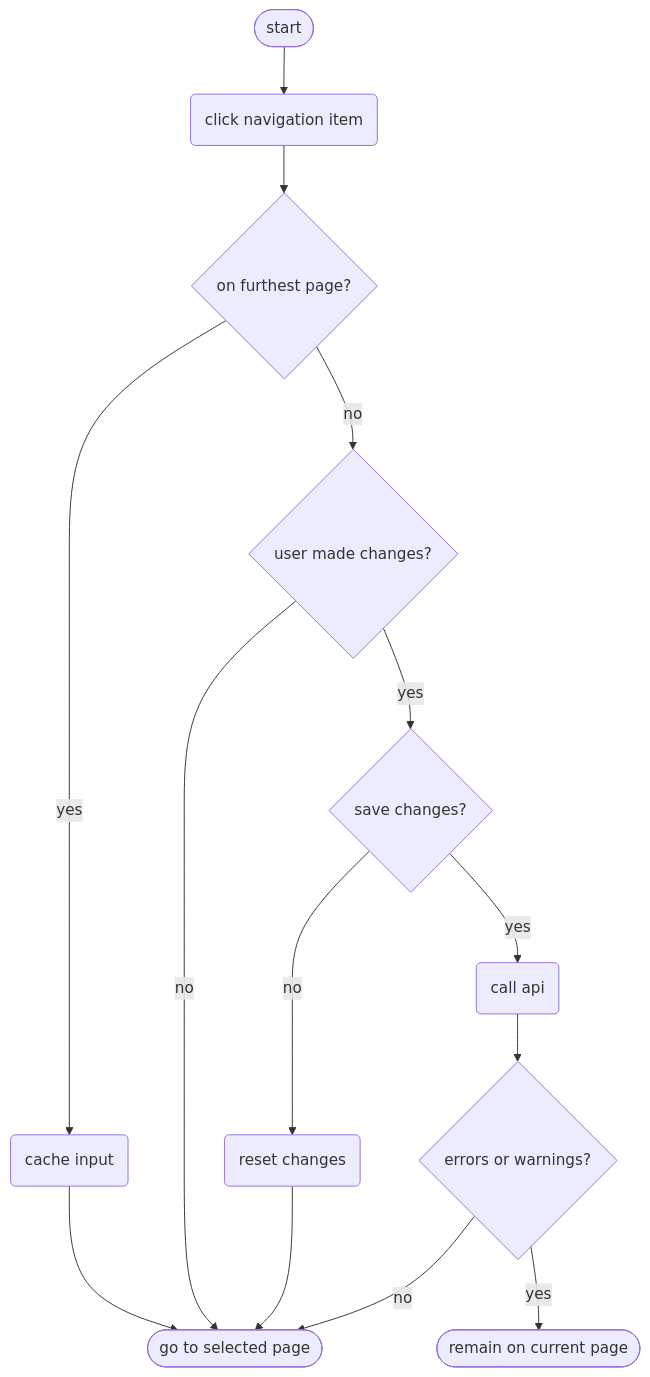
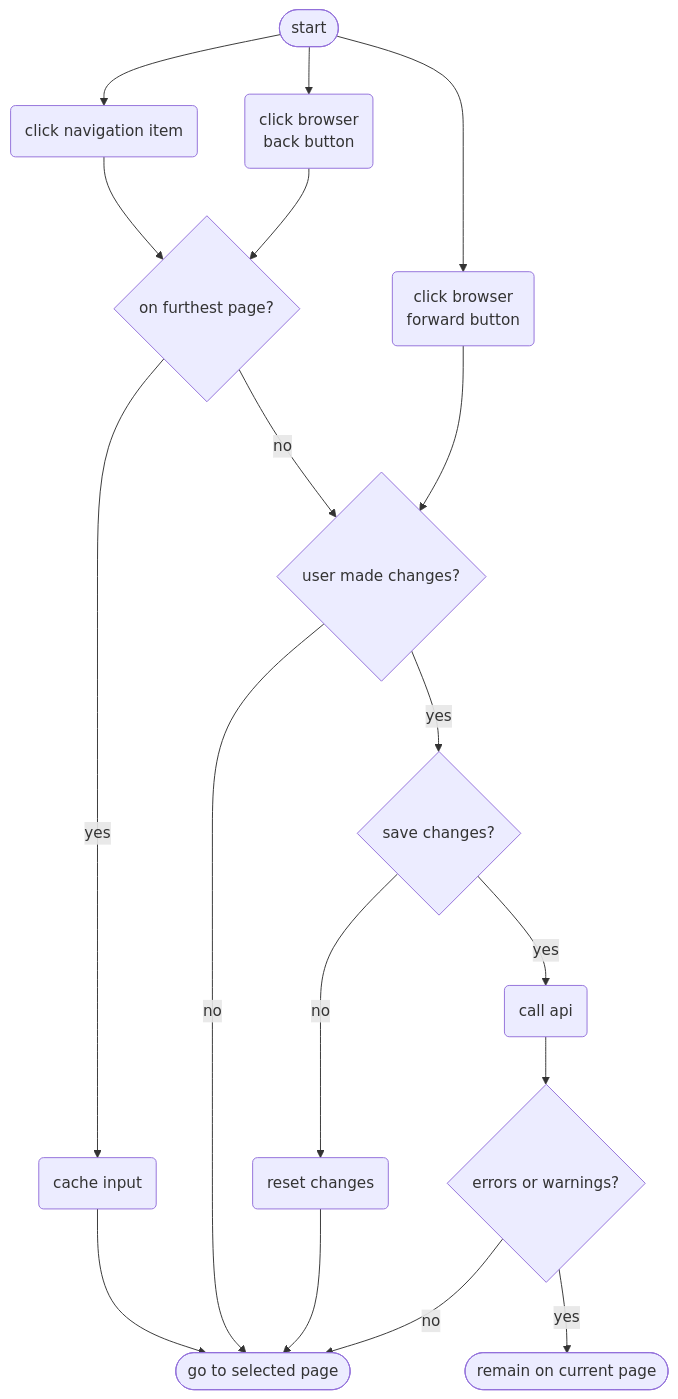
The fourth of 4 diagrams in documentatie/flowcharts/data-entry-forms.md (kiesraad/abacus), drawn with Mermaid before and after one commit. The commit also changed other lines of this file, not shown here.

Commit message:
adds browser back/forward buttons to navigation diagram

````diff
--- a/documentatie/flowcharts/data-entry-forms.md
+++ b/documentatie/flowcharts/data-entry-forms.md
@@ -176,35 +176,44 @@
 ```mermaid
 flowchart TD
     %% start and end
     flow-start([start])
 
     go-to-page([go to selected page])
     remain-on-page([remain on current page])
 
     %% steps
     click-nav-item(click navigation item)
+    click-browser-back("click browser
+        back button")
+    click-browser-forward("click browser
+        forward button")
     on-furthest-page{on furthest page?}
     user-made-changes{user made changes?}
     save-changes{save changes?}
     call-api(call api)
     cache-input(cache input)
     reset-changes(reset changes)
     errors-or-warnings{errors or warnings?}
 
     %% flow
     flow-start --> click-nav-item
+    flow-start --> click-browser-back
+    flow-start --> click-browser-forward
+    click-browser-back --> on-furthest-page
+    %% if you can click the browser forward button, you by definition are not on the furthest page
+    click-browser-forward --> user-made-changes
     click-nav-item --> on-furthest-page
     on-furthest-page -- yes --> cache-input
     cache-input --> go-to-page
 
     on-furthest-page -- no --> user-made-changes
     user-made-changes -- no --> go-to-page
     user-made-changes -- yes --> save-changes
     save-changes -- no --> reset-changes
     reset-changes --> go-to-page
     save-changes -- yes --> call-api
     call-api --> errors-or-warnings
     errors-or-warnings -- no --> go-to-page
     errors-or-warnings -- yes --> remain-on-page
 
 ```
````
